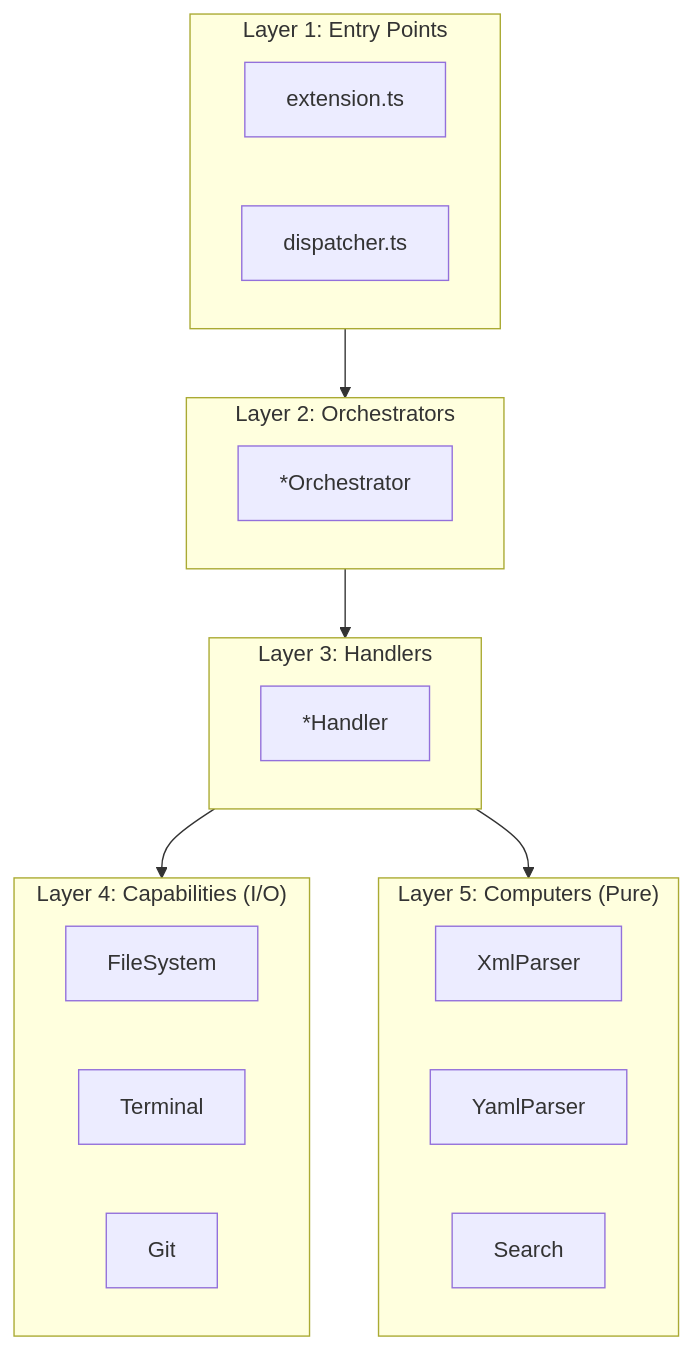
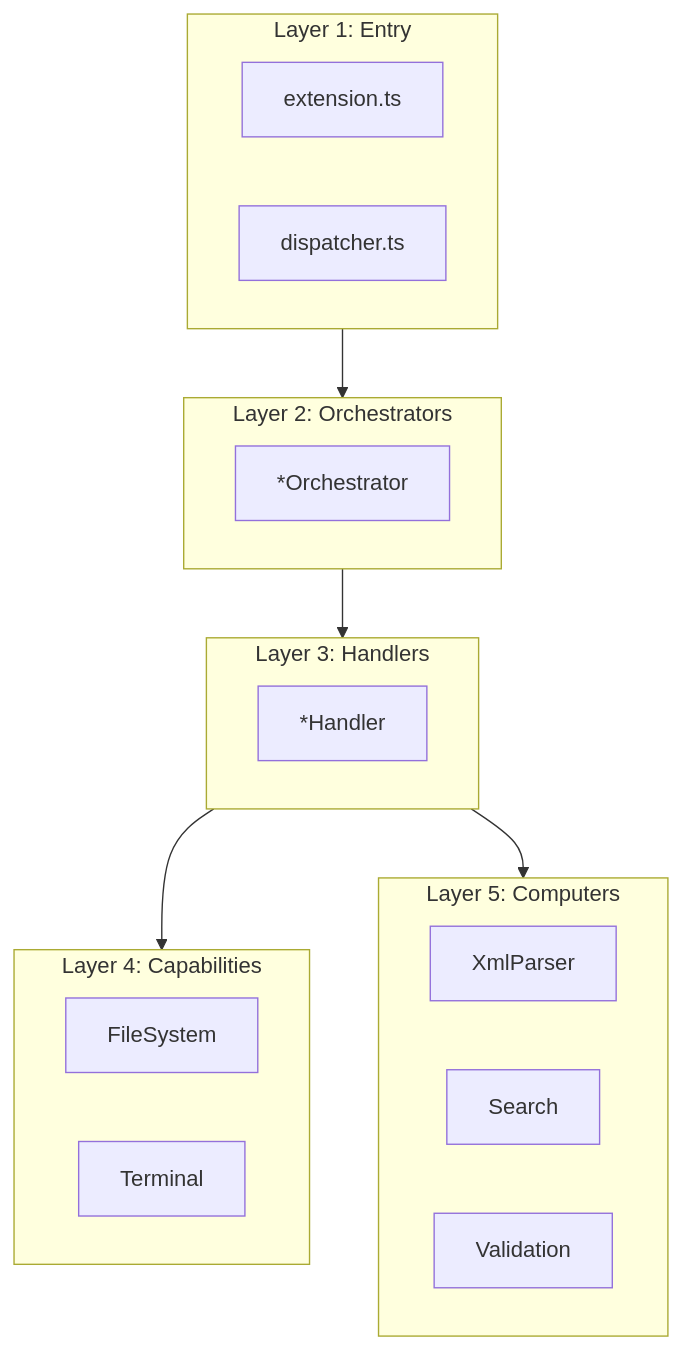
One commit to mattfletcher94/festinalente changed the diagram in .festinalente/engineering/patterns/dag-architecture.md. Above: the diagram before and after it, drawn with Mermaid. The commit also changed other lines of this file and 17 other files, not shown here.

````diff
--- a/.festinalente/engineering/patterns/dag-architecture.md
+++ b/.festinalente/engineering/patterns/dag-architecture.md
@@ -49,32 +43,31 @@
 ```mermaid
 flowchart TB
-    subgraph Layer1["Layer 1: Entry Points"]
+    subgraph Layer1["Layer 1: Entry"]
         EXT["extension.ts"]
         DISP["dispatcher.ts"]
     end
 
     subgraph Layer2["Layer 2: Orchestrators"]
         ORCH["*Orchestrator"]
     end
 
     subgraph Layer3["Layer 3: Handlers"]
         HAND["*Handler"]
     end
 
-    subgraph Layer4["Layer 4: Capabilities (I/O)"]
+    subgraph Layer4["Layer 4: Capabilities"]
         FS["FileSystem"]
         TERM["Terminal"]
-        GIT["Git"]
     end
 
-    subgraph Layer5["Layer 5: Computers (Pure)"]
+    subgraph Layer5["Layer 5: Computers"]
         XML["XmlParser"]
-        YAML["YamlParser"]
         SEARCH["Search"]
+        VALID["Validation"]
     end
 
     Layer1 --> Layer2
     Layer2 --> Layer3
     Layer3 --> Layer4
     Layer3 --> Layer5
 ```
````
